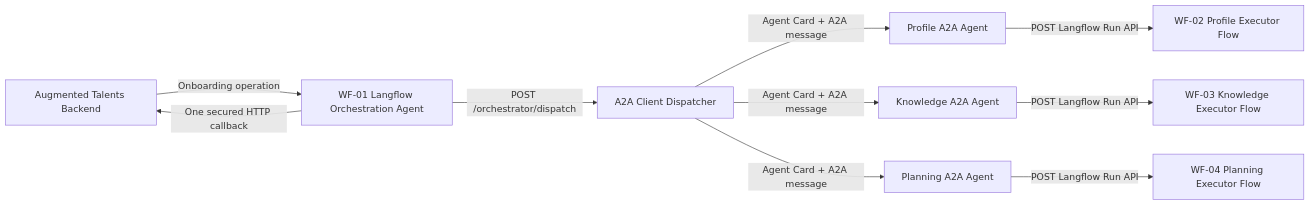
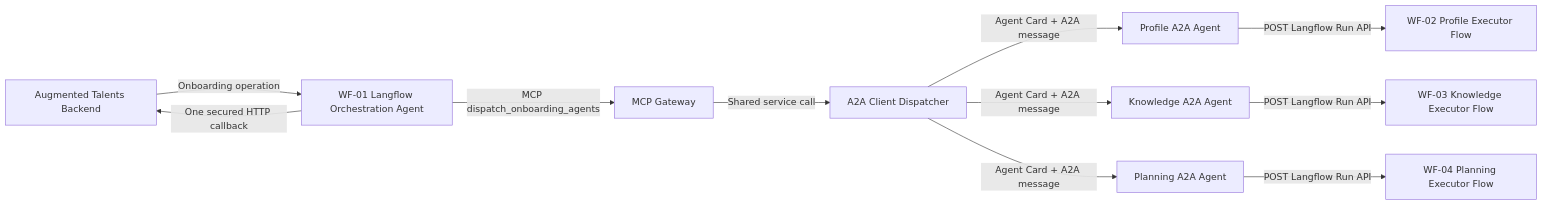
The diagram in README.md (TimmyChan99/HR-Onboarding-A2A), drawn with Mermaid before and after one commit. The commit also changed other lines of this file and 12 other files, not shown here.

Commit message:
Add mcp sever dispatcher

````diff
--- a/README.md
+++ b/README.md
@@ -26,15 +27,16 @@
 ```mermaid
 flowchart LR
     B[Augmented Talents Backend] -->|Onboarding operation| O[WF-01 Langflow Orchestration Agent]
-    O -->|POST /orchestrator/dispatch| D[A2A Client Dispatcher]
+    O -->|MCP dispatch_onboarding_agents| M[MCP Gateway]
+    M -->|Shared service call| D[A2A Client Dispatcher]
 
     D -->|Agent Card + A2A message| PA[Profile A2A Agent]
     D -->|Agent Card + A2A message| KA[Knowledge A2A Agent]
     D -->|Agent Card + A2A message| PLA[Planning A2A Agent]
 
     PA -->|POST Langflow Run API| PF[WF-02 Profile Executor Flow]
     KA -->|POST Langflow Run API| KF[WF-03 Knowledge Executor Flow]
     PLA -->|POST Langflow Run API| PLF[WF-04 Planning Executor Flow]
 
     O -->|One secured HTTP callback| B
 ```
````
